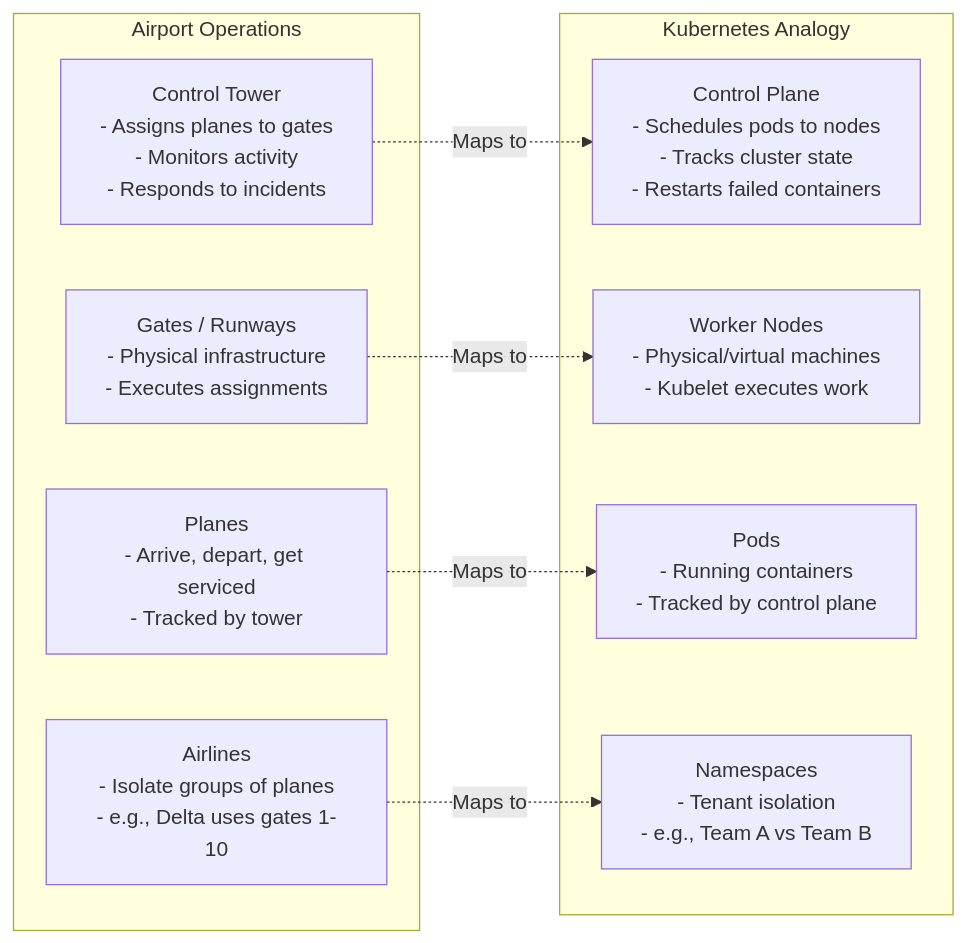
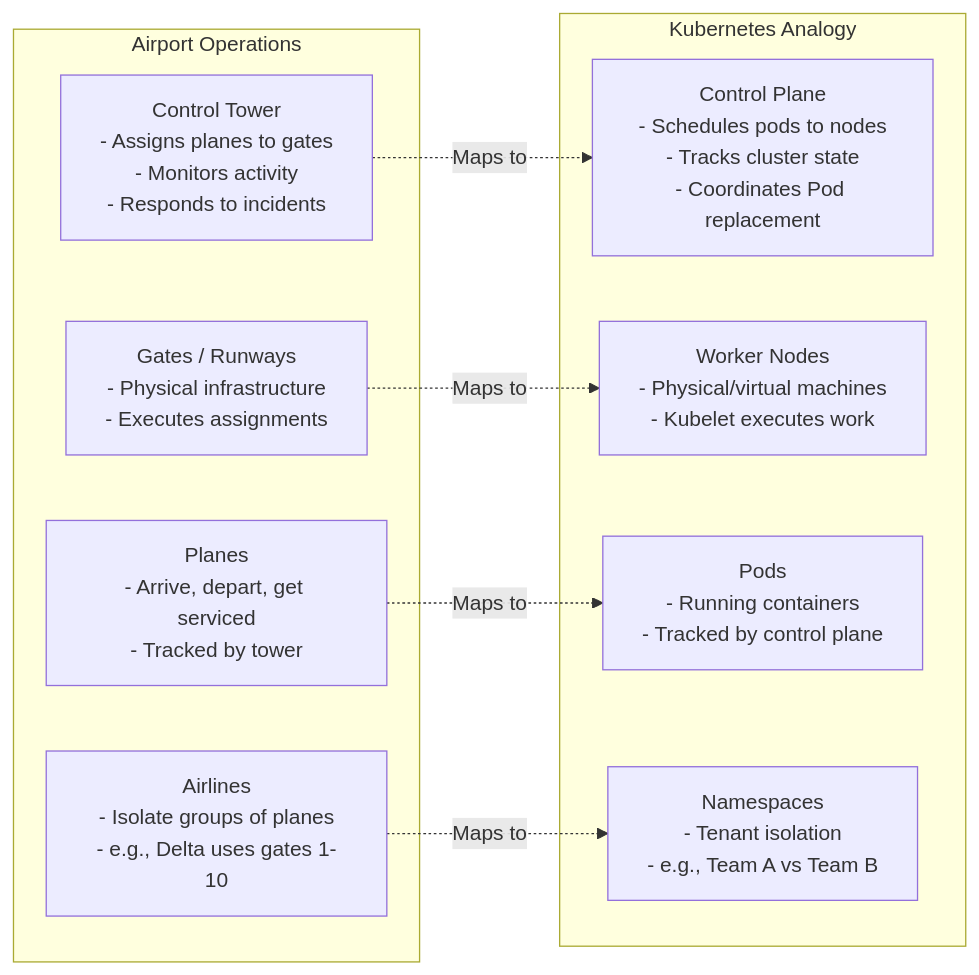
One commit to kube-dojo/kube-dojo.github.io changed the second of 4 diagrams in src/content/docs/prerequisites/cloud-native-101/module-1.3-what-is-kubernetes.md. Above: the diagram before and after it, drawn with Mermaid. The commit also changed other lines of this file and 3 other files, not shown here.

````diff
--- a/src/content/docs/prerequisites/cloud-native-101/module-1.3-what-is-kubernetes.md
+++ b/src/content/docs/prerequisites/cloud-native-101/module-1.3-what-is-kubernetes.md
@@ -74,21 +74,21 @@
 ```mermaid
 flowchart LR
     subgraph Airport["Airport Operations"]
         Tower[Control Tower\n- Assigns planes to gates\n- Monitors activity\n- Responds to incidents]
         Gates[Gates / Runways\n- Physical infrastructure\n- Executes assignments]
         Planes[Planes\n- Arrive, depart, get serviced\n- Tracked by tower]
         Airlines[Airlines\n- Isolate groups of planes\n- e.g., Delta uses gates 1-10]
     end
 
     subgraph K8s["Kubernetes Analogy"]
-        CP[Control Plane\n- Schedules pods to nodes\n- Tracks cluster state\n- Restarts failed containers]
+        CP[Control Plane\n- Schedules pods to nodes\n- Tracks cluster state\n- Coordinates Pod replacement]
         Nodes[Worker Nodes\n- Physical/virtual machines\n- Kubelet executes work]
         Pods[Pods\n- Running containers\n- Tracked by control plane]
         NS[Namespaces\n- Tenant isolation\n- e.g., Team A vs Team B]
     end
 
     Tower -.->|"Maps to"| CP
     Gates -.->|"Maps to"| Nodes
     Planes -.->|"Maps to"| Pods
     Airlines -.->|"Maps to"| NS
 ```
````
